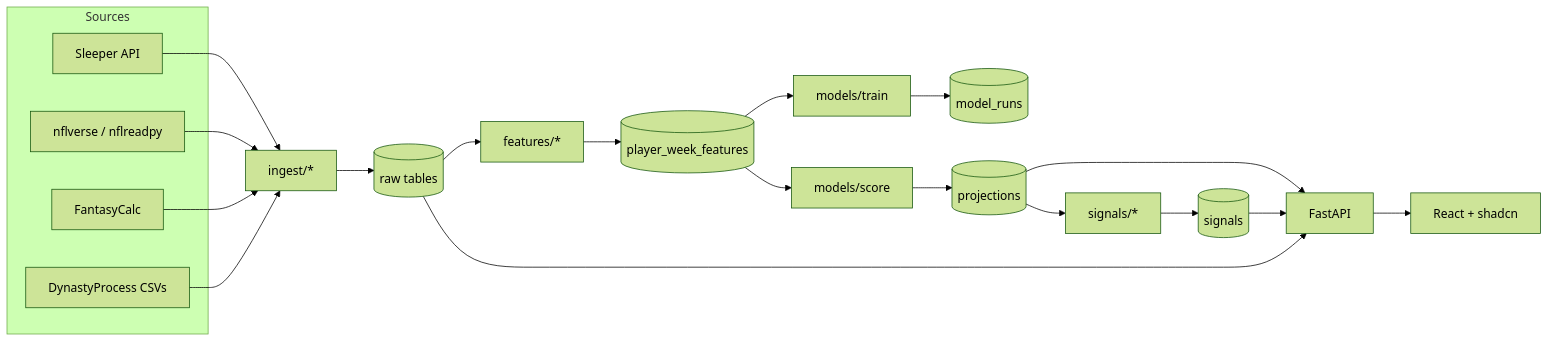
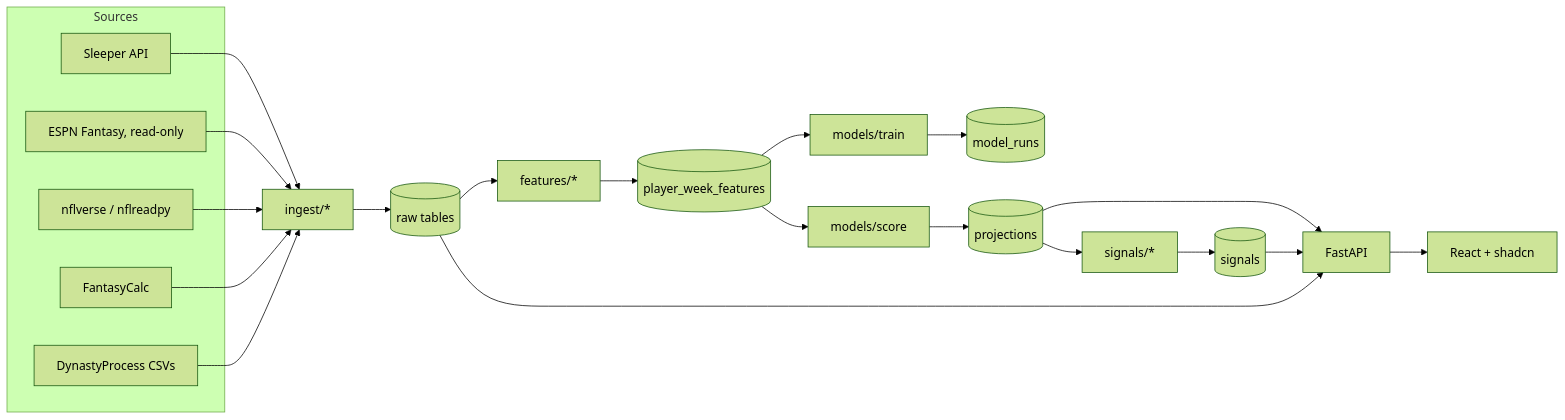
The first of 2 diagrams in ARCHITECTURE.md (ShaneV2001/FantasyEdge), drawn with Mermaid (forest theme) before and after one commit. The commit also changed other lines of this file and 1 other file, not shown here.

First line of the commit message:
docs: README and architecture cover ESPN leagues and the new trade tools

````diff
--- a/ARCHITECTURE.md
+++ b/ARCHITECTURE.md
@@ -45,15 +45,16 @@
 ```mermaid
 flowchart LR
   subgraph Sources
     S[Sleeper API]
+    E[ESPN Fantasy, read-only]
     N[nflverse / nflreadpy]
     F[FantasyCalc]
     D[DynastyProcess CSVs]
   end
-  S & N & F & D --> I[ingest/*] --> R[(raw tables)]
+  S & E & N & F & D --> I[ingest/*] --> R[(raw tables)]
   R --> FE[features/*] --> FT[(player_week_features)]
   FT --> TR[models/train] --> MR[(model_runs)]
   FT --> SC[models/score] --> PJ[(projections)]
   PJ --> SG[signals/*] --> SI[(signals)]
   PJ & SI & R --> API[FastAPI] --> UI[React + shadcn]
 ```
````
